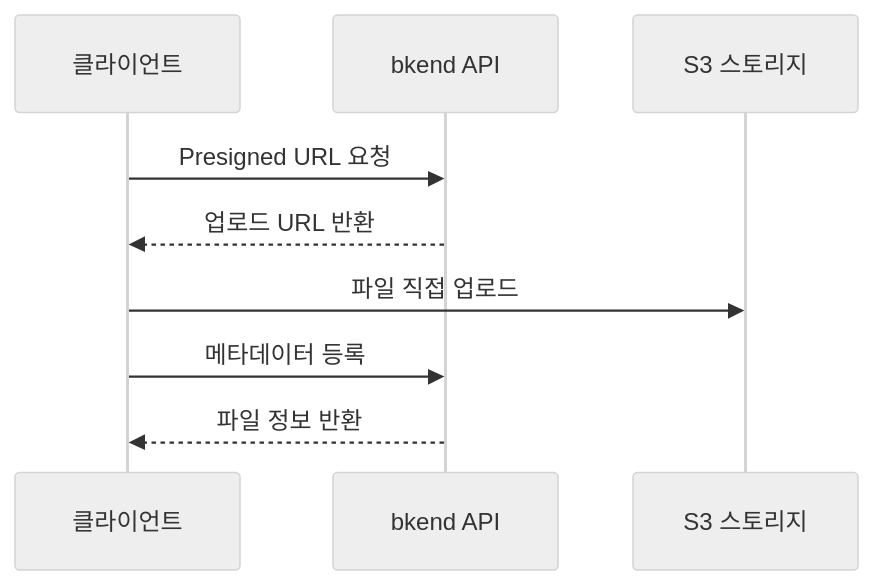
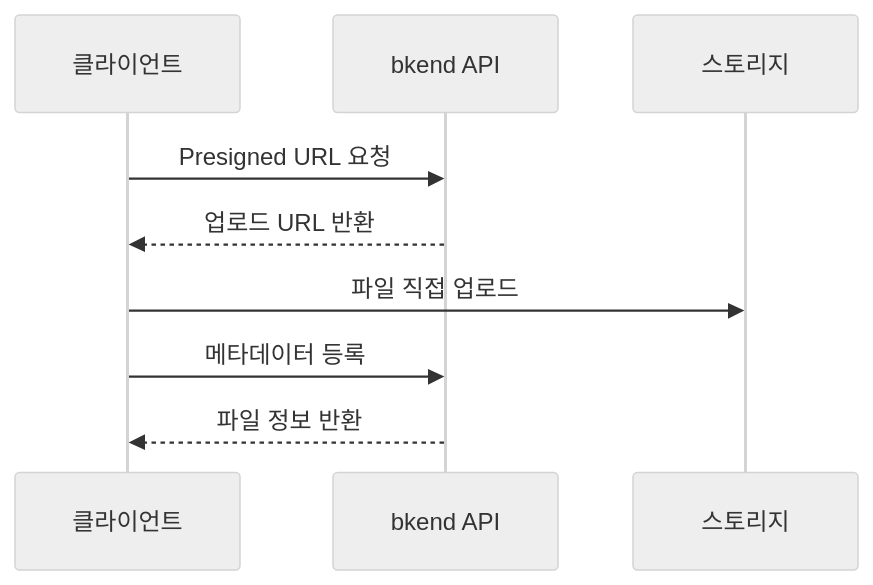
Before and after one commit to popup-studio-ai/bkend-docs: the first of 4 diagrams in ko/storage/01-overview.md, drawn with Mermaid (neutral theme). The commit also changed other lines of this file and 45 other files, not shown here.

````diff
--- a/ko/storage/01-overview.md
+++ b/ko/storage/01-overview.md
@@ -13,12 +13,12 @@
 ```mermaid
 sequenceDiagram
     participant C as 클라이언트
     participant B as bkend API
-    participant S as S3 스토리지
+    participant S as 스토리지
 
     C->>B: Presigned URL 요청
     B-->>C: 업로드 URL 반환
     C->>S: 파일 직접 업로드
     C->>B: 메타데이터 등록
     B-->>C: 파일 정보 반환
 ```
````
